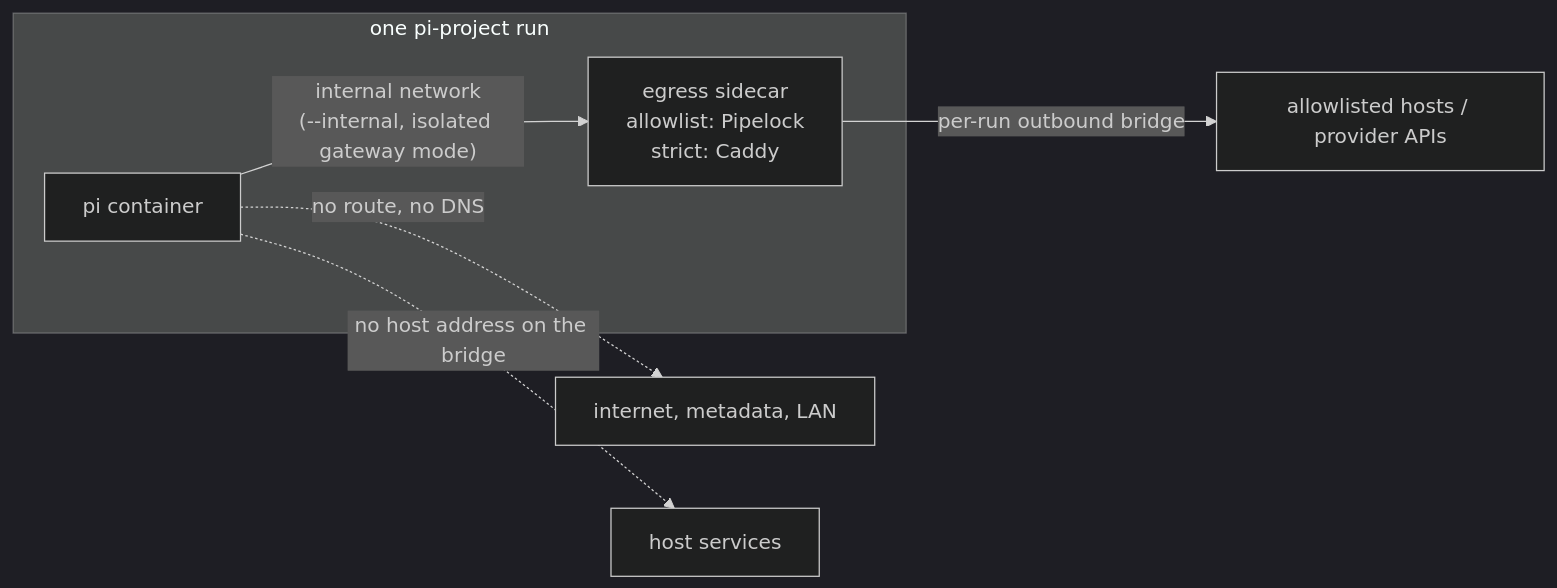
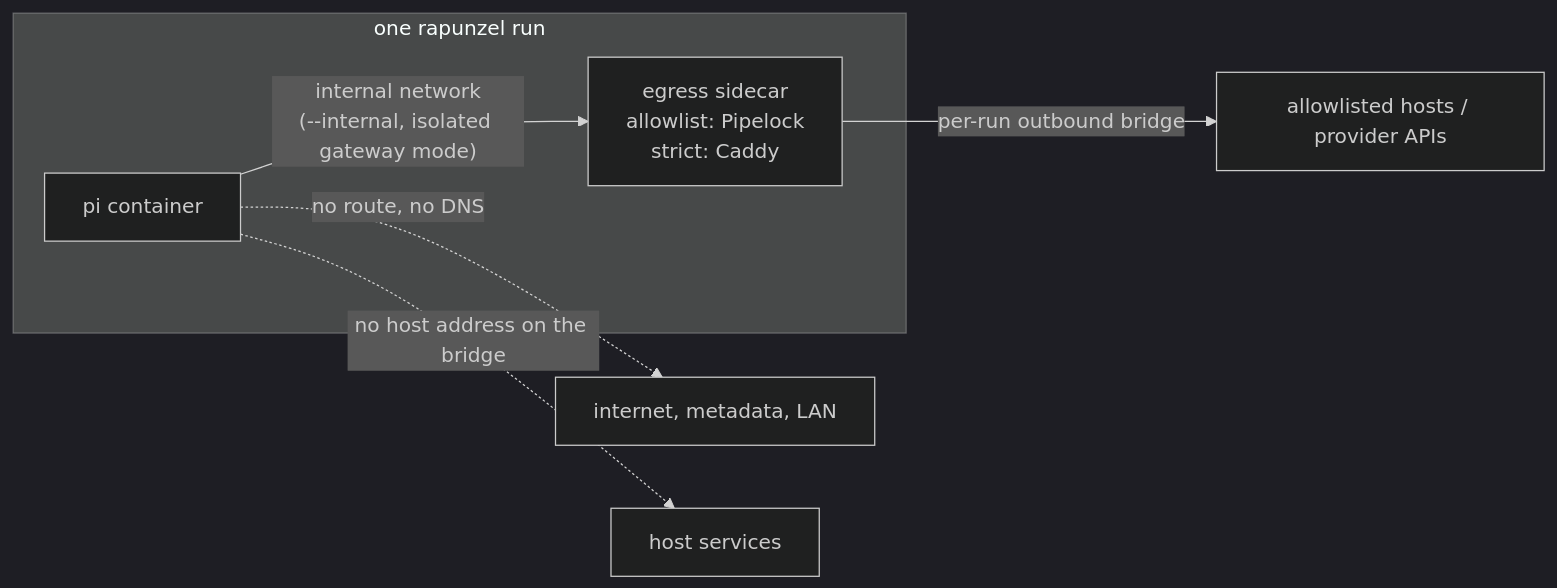
Before and after one commit to koopycat/pi-docker: the diagram in docs/egress.md, drawn with Mermaid (dark theme). The commit also changed other lines of this file and 26 other files, not shown here.

````diff
--- a/docs/egress.md
+++ b/docs/egress.md
@@ -29,11 +29,11 @@
 ```mermaid
 flowchart LR
-  subgraph run["one pi-project run"]
+  subgraph run["one rapunzel run"]
     pi["pi container"]
     sidecar["egress sidecar<br/>allowlist: Pipelock<br/>strict: Caddy"]
   end
   pi -->|"internal network<br/>(--internal, isolated gateway mode)"| sidecar
   sidecar -->|"per-run outbound bridge"| internet["allowlisted hosts / provider APIs"]
   pi -.->|"no route, no DNS"| blocked["internet, metadata, LAN"]
   pi -.->|"no host address on the bridge"| host["host services"]
 ```
````
